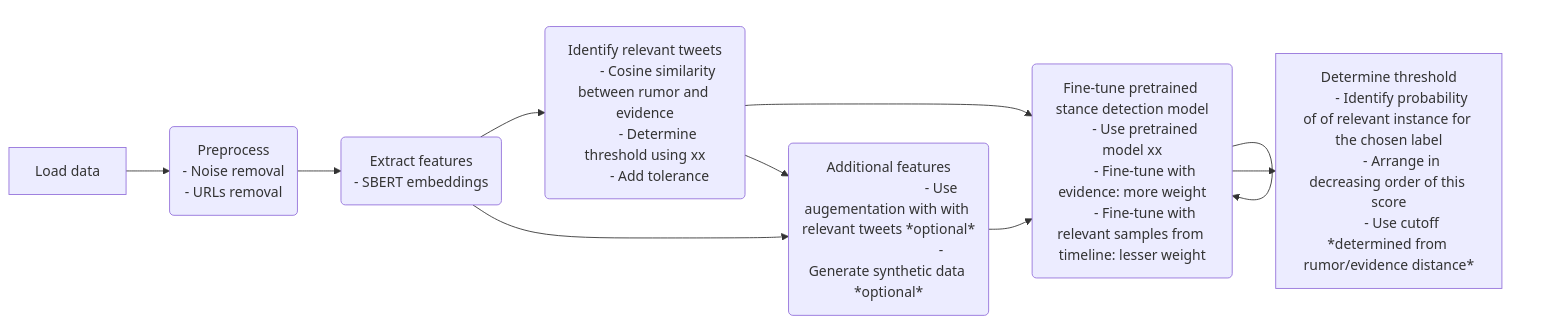
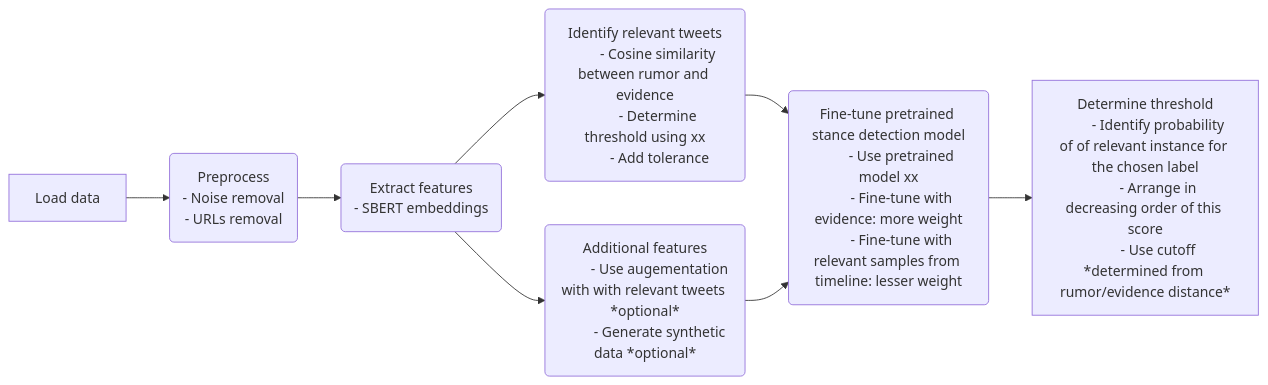
One commit to Alaaeddin103/Rumor_verification changed the diagram in README.md. Above: the diagram before and after it, drawn with Mermaid.

````diff
--- a/README.md
+++ b/README.md
@@ -14,24 +14,35 @@
 ```mermaid
 graph LR
-A[Load data] --> B(Preprocess
+a[Load data]
+b(Preprocess
         - Noise removal
-        - URLs removal)
-    B --> C(Extract features
-        - SBERT embeddings)
-    C --> D(Identify relevant tweets
+        - URLs removal
+)
+c(Extract features
+        - SBERT embeddings
+)
+d(Identify relevant tweets
         - Cosine similarity between rumor and evidence
         - Determine threshold using xx
-        - Add tolerance) 
-    C --> E(Additional features
-                              - Use augementation with with relevant tweets *optional*
-                              - Generate synthetic data *optional*)
-
-    D --> F(Fine-tune pretrained stance detection model
+        - Add tolerance
+)
+e(Additional features
+         - Use augementation with with relevant tweets *optional*
+         - Generate synthetic data *optional*
+)
+f(Fine-tune pretrained stance detection model
         - Use pretrained model xx
         - Fine-tune with evidence: more weight
-        - Fine-tune with relevant samples from timeline: lesser weight) & E --> F
-    F --> G[Determine threshold
+        - Fine-tune with relevant samples from timeline: lesser weight
+)
+g[Determine threshold
         - Identify probability of of relevant instance for the chosen label
         - Arrange in decreasing order of this score
-        - Use cutoff *determined from rumor/evidence distance*] 
+        - Use cutoff *determined from rumor/evidence distance*]
+a --> b
+b --> c
+c --> d & e
+d --> f
+e --> f
+f --> g
 ```
````
